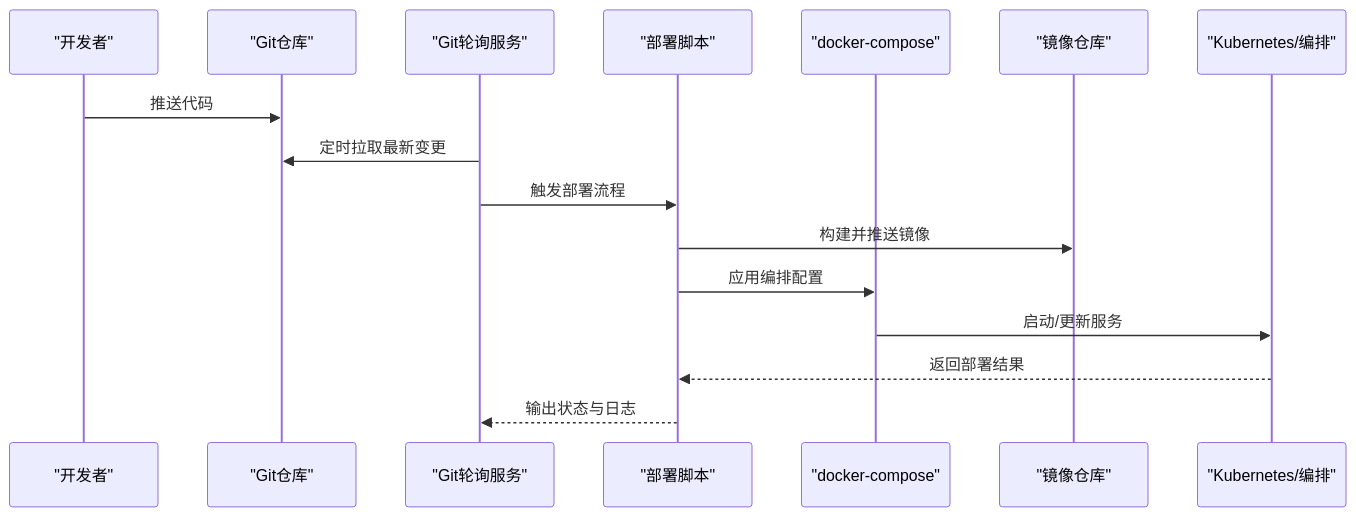
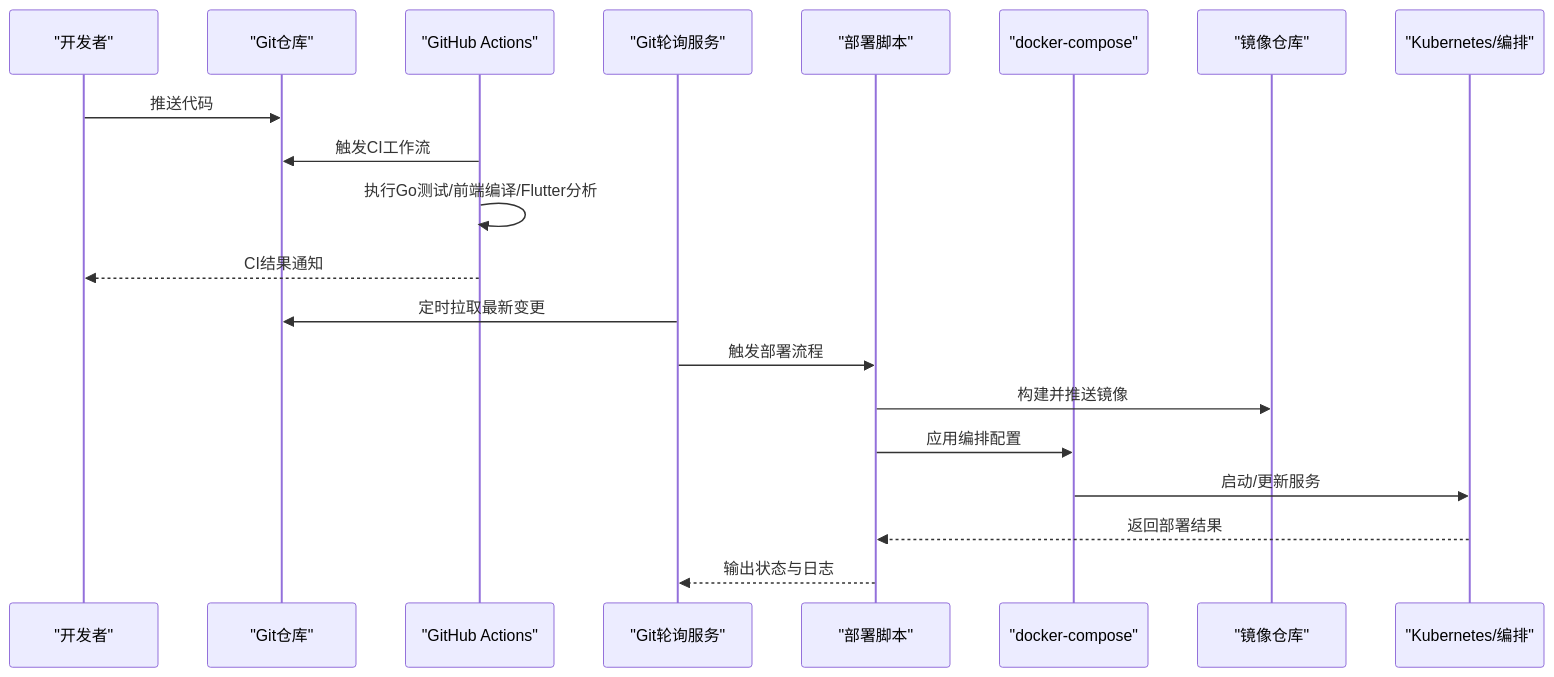
One commit to mcmrzy/cs_inv_monitor-develop changed the second of 8 diagrams in .qoder/repowiki/zh/content/部署与运维/CI_CD流水线.md. Above: the diagram before and after it, drawn with Mermaid. The commit also changed other lines of this file and 88 other files, not shown here.

````diff
--- a/.qoder/repowiki/zh/content/部署与运维/CI_CD流水线.md
+++ b/.qoder/repowiki/zh/content/部署与运维/CI_CD流水线.md
@@ -138,18 +161,22 @@
 ```mermaid
 sequenceDiagram
 participant Dev as "开发者"
 participant Repo as "Git仓库"
+participant GH as "GitHub Actions"
 participant Poll as "Git轮询服务"
 participant Script as "部署脚本"
 participant Compose as "docker-compose"
 participant Registry as "镜像仓库"
 participant K8s as "Kubernetes/编排"
 Dev->>Repo : 推送代码
+GH->>Repo : 触发CI工作流
+GH->>GH : 执行Go测试/前端编译/Flutter分析
+GH-->>Dev : CI结果通知
 Poll->>Repo : 定时拉取最新变更
 Poll->>Script : 触发部署流程
 Script->>Registry : 构建并推送镜像
 Script->>Compose : 应用编排配置
 Compose->>K8s : 启动/更新服务
 K8s-->>Script : 返回部署结果
 Script-->>Poll : 输出状态与日志
 ```
````
